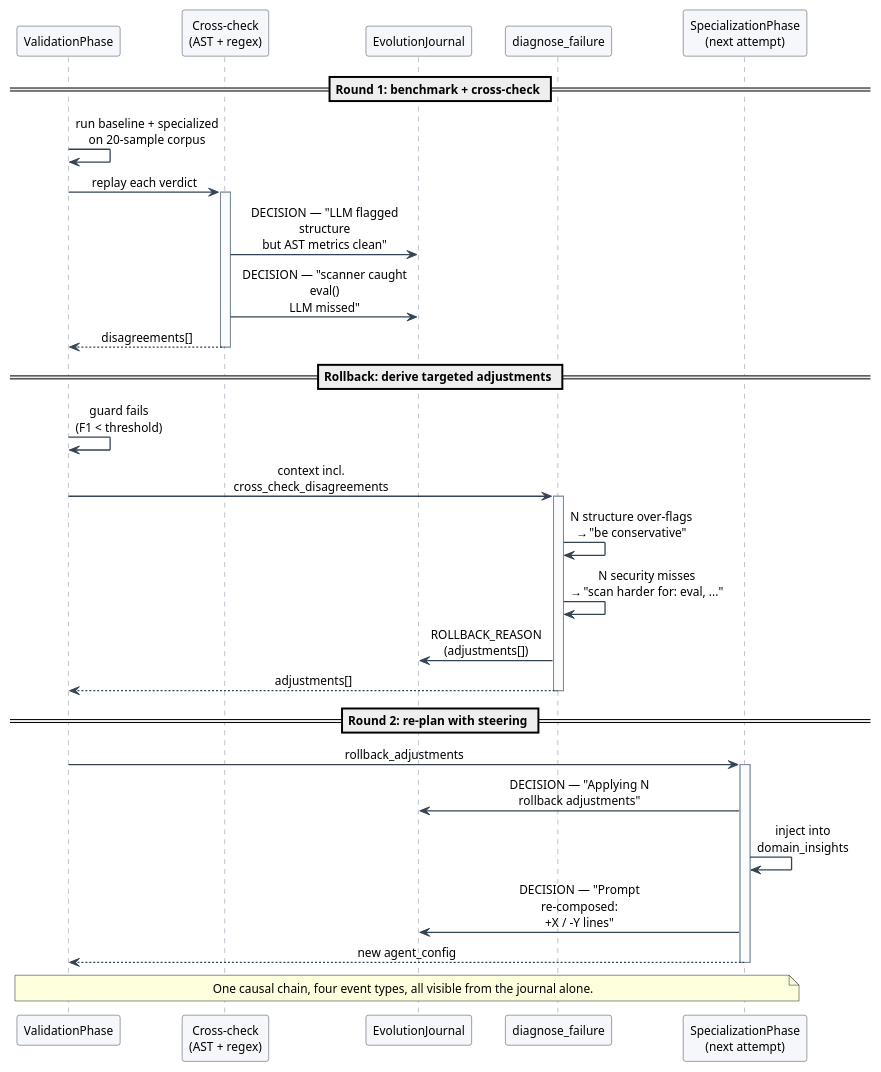
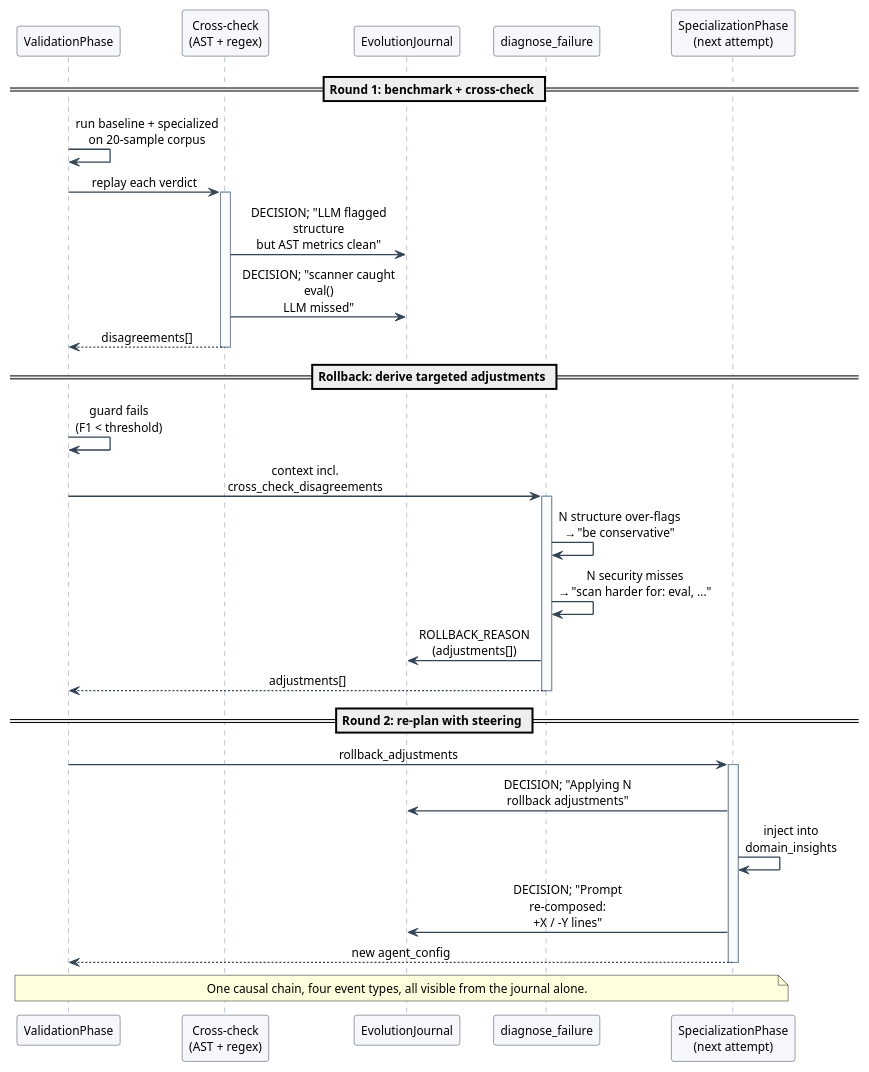
The diagram in docs/diagrams/feedback_loop.puml (qflen/stem-agent), drawn with PlantUML before and after one commit. The commit also changed 195 other files, not shown here.

```diff
--- a/docs/diagrams/feedback_loop.puml
+++ b/docs/diagrams/feedback_loop.puml
@@ -1,57 +1,57 @@
 @startuml feedback_loop
 
 skinparam shadowing false
 skinparam defaultFontName Helvetica
 skinparam defaultFontSize 12
 skinparam sequenceMessageAlign center
 skinparam sequence {
   ArrowThickness 1.3
   ArrowColor #345
   ParticipantBackgroundColor #F5F7FA
   ParticipantBorderColor #345
   LifeLineBorderColor #789
   LifeLineBackgroundColor #FAFBFD
   GroupBackgroundColor #EAF2FF
   GroupBorderColor #345
 }
 skinparam maxMessageSize 180
 
 participant "ValidationPhase" as V
 participant "Cross-check\n(AST + regex)" as X
 participant "EvolutionJournal" as J
 participant "diagnose_failure" as D
 participant "SpecializationPhase\n(next attempt)" as SP
 
 == Round 1: benchmark + cross-check ==
 V -> V : run baseline + specialized\non 20-sample corpus
 V -> X : replay each verdict
 activate X
-X -> J : DECISION — "LLM flagged structure\nbut AST metrics clean"
-X -> J : DECISION — "scanner caught eval()\nLLM missed"
+X -> J : DECISION; "LLM flagged structure\nbut AST metrics clean"
+X -> J : DECISION; "scanner caught eval()\nLLM missed"
 X --> V : disagreements[]
 deactivate X
 
 == Rollback: derive targeted adjustments ==
 V -> V : guard fails\n(F1 < threshold)
 V -> D : context incl.\ncross_check_disagreements
 activate D
 D -> D : N structure over-flags\n→ "be conservative"
 D -> D : N security misses\n→ "scan harder for: eval, ..."
 D -> J : ROLLBACK_REASON\n(adjustments[])
 D --> V : adjustments[]
 deactivate D
 
 == Round 2: re-plan with steering ==
 V -> SP : rollback_adjustments
 activate SP
-SP -> J : DECISION — "Applying N\nrollback adjustments"
+SP -> J : DECISION; "Applying N\nrollback adjustments"
 SP -> SP : inject into\ndomain_insights
-SP -> J : DECISION — "Prompt re-composed:\n+X / -Y lines"
+SP -> J : DECISION; "Prompt re-composed:\n+X / -Y lines"
 SP --> V : new agent_config
 deactivate SP
 
 note across
   One causal chain, four event types, all visible from the journal alone.
 end note
 
 @enduml
```
